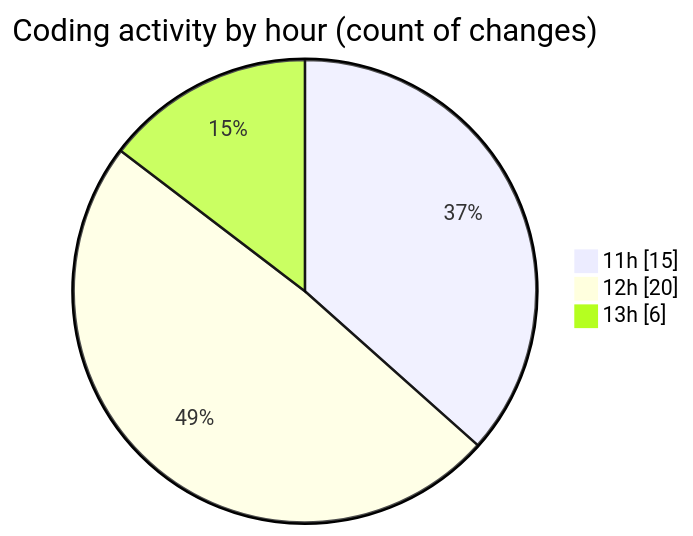
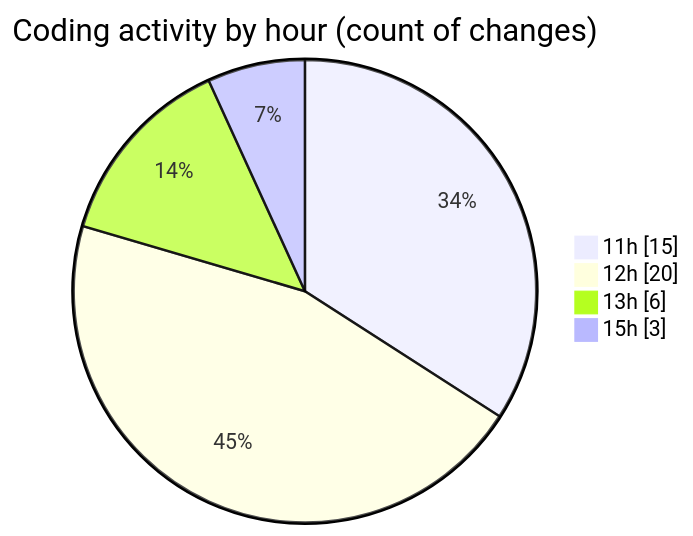
The second of 2 diagrams in 2025-06-28/argos/README.md (nxtqubesakshisongat/code-tracking), drawn with Mermaid before and after one commit. The commit also changed other lines of this file and 1 other file, not shown here.

````diff
--- a/2025-06-28/argos/README.md
+++ b/2025-06-28/argos/README.md
@@ -35,7 +35,8 @@
 ```mermaid
 pie showData
 title Coding activity by hour (count of changes)
 "11h" : 15
 "12h" : 20
 "13h" : 6
+"15h" : 3
 ```
````
